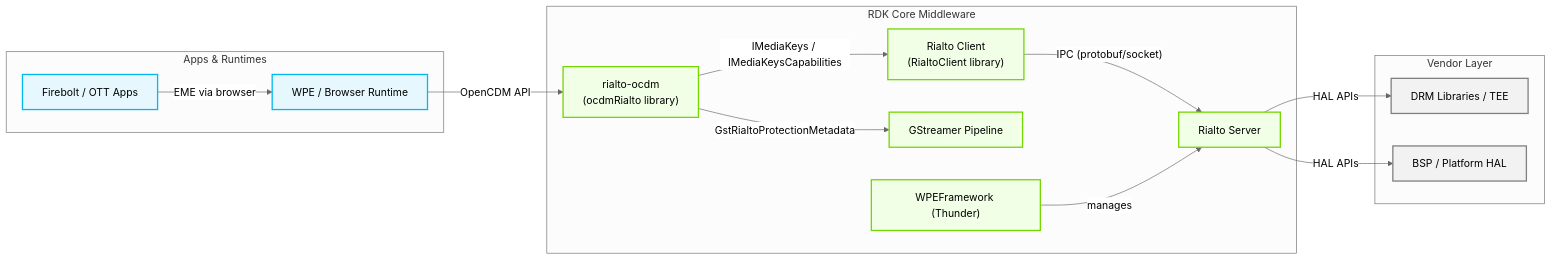
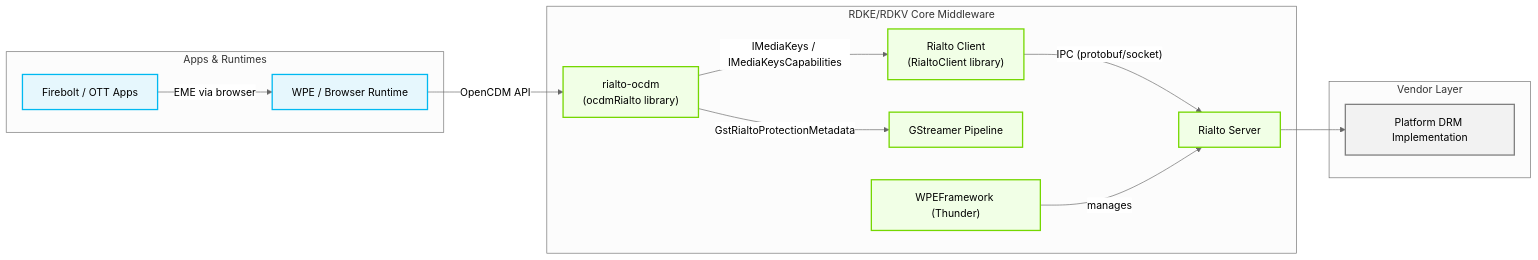
Before and after one commit to rdkcentral/rialto-ocdm: the first of 7 diagrams in docs/README.md, drawn with Mermaid (neutral theme). The commit also changed other lines of this file, not shown here.

````diff
--- a/docs/README.md
+++ b/docs/README.md
@@ -13,43 +13,41 @@
 ```mermaid
 flowchart LR
 
 %% Styles
 classDef Apps stroke:#00B9F1,fill:#E6F7FD,stroke-width:2px;
 classDef RDKMW stroke:#75D701,fill:#F1FFE6,stroke-width:2px;
 classDef VL stroke:#808080,fill:#F2F2F2,stroke-width:2px;
 
 %% Apps Layer
     subgraph AppsLayer["Apps & Runtimes"]
         FBApps["Firebolt / OTT Apps"]
         WPE_RT["WPE / Browser Runtime"]
     end
 
 %% Middleware
-    subgraph MWLayer["RDK Core Middleware"]
+    subgraph MWLayer["RDKE/RDKV Core Middleware"]
         OCDM["rialto-ocdm\n(ocdmRialto library)"]
         RialtoClient["Rialto Client\n(RialtoClient library)"]
         RialtoServer["Rialto Server"]
         GST["GStreamer Pipeline"]
         Thunder["WPEFramework (Thunder)"]
     end
 
 %% Vendor Layer
     subgraph VendorLayer["Vendor Layer"]
-        DRM["DRM Libraries / TEE"]
-        BSP["BSP / Platform HAL"]
+        Platform["Platform DRM Implementation"]
     end
 
     %% Connections
     WPE_RT -->|"OpenCDM API"| OCDM
     FBApps -->|"EME via browser"| WPE_RT
     OCDM -->|"IMediaKeys / IMediaKeysCapabilities"| RialtoClient
     OCDM -->|"GstRialtoProtectionMetadata"| GST
     RialtoClient -->|"IPC (protobuf/socket)"| RialtoServer
-    RialtoServer -->|"HAL APIs"| DRM
-    RialtoServer -->|"HAL APIs"| BSP
+    RialtoServer --> Platform
     Thunder -->|"manages"| RialtoServer
 
 class FBApps,WPE_RT Apps
 class OCDM,RialtoClient,RialtoServer,GST,Thunder RDKMW
-class DRM,BSP VL
+class Platform VL
 ```
````
